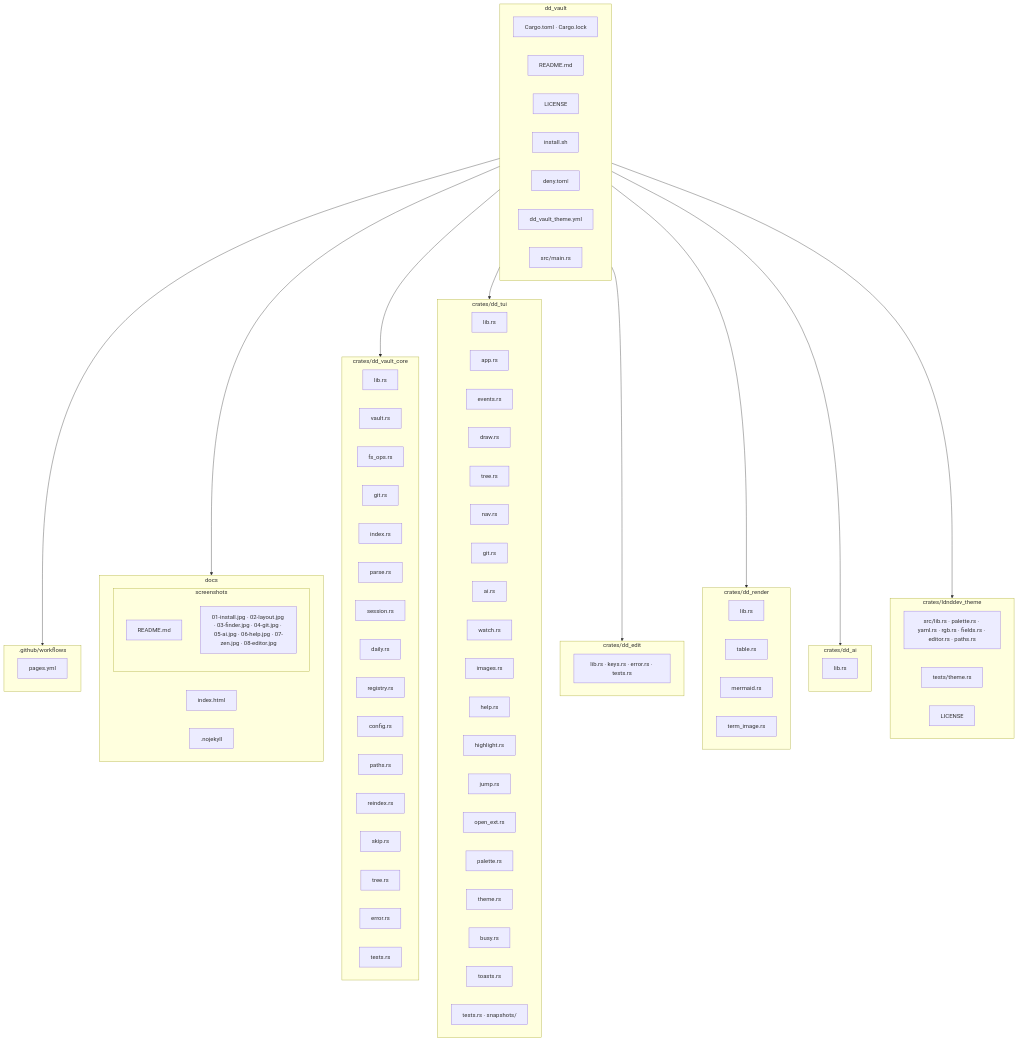
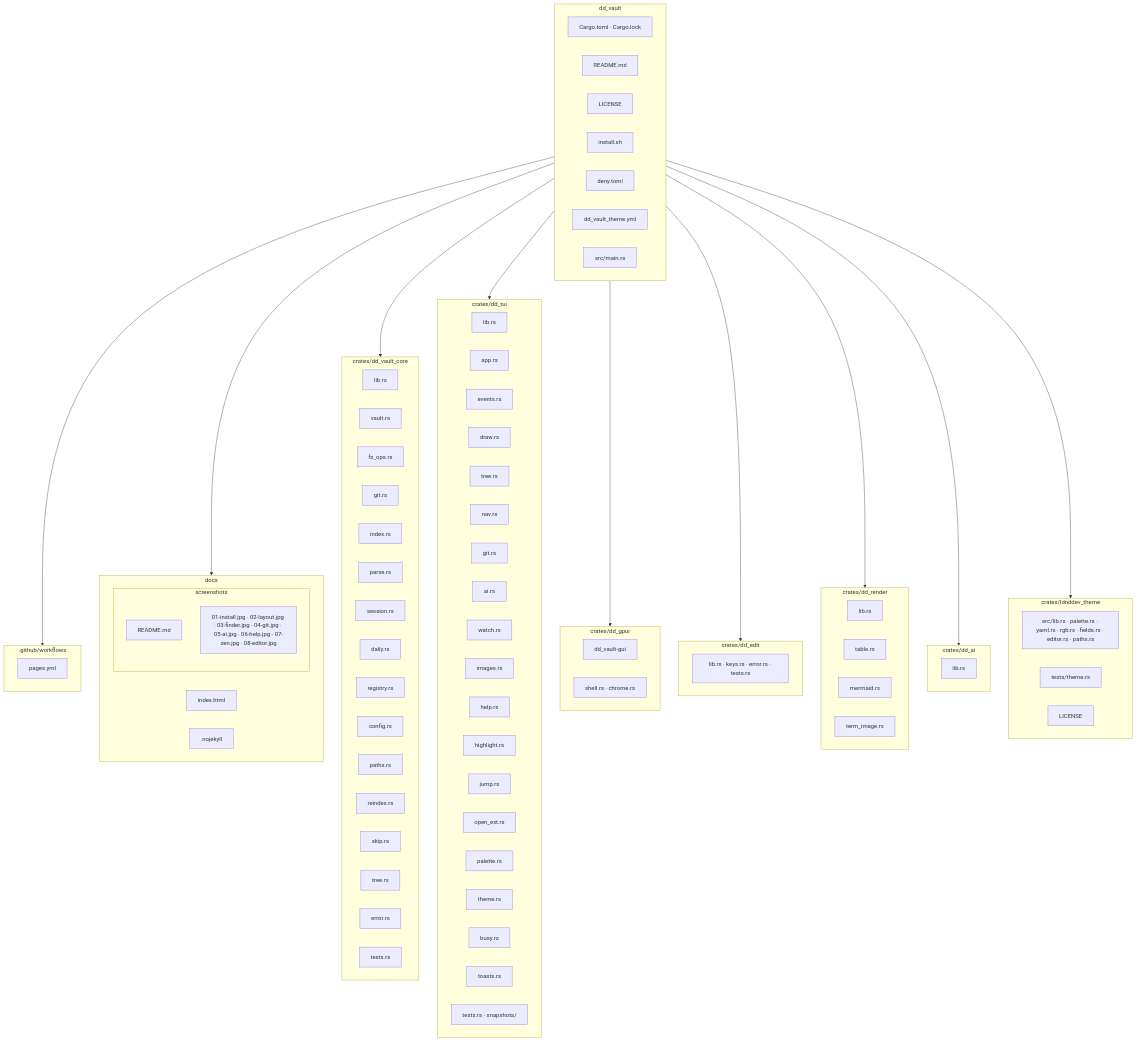
The first of 2 diagrams in README.md (ldnddev/dd_vault), drawn with Mermaid before and after one commit. The commit also changed other lines of this file and 32 other files, not shown here.

```diff
--- a/README.md
+++ b/README.md
@@ -101,6 +107,11 @@
     tuiTests["tests.rs · snapshots/"]
   end
 
+  subgraph gpui [crates/dd_gpui]
+    guiBin["dd_vault-gui"]
+    guiShell["shell.rs · chrome.rs"]
+  end
+
   subgraph edit [crates/dd_edit]
     editLib["lib.rs · keys.rs · error.rs · tests.rs"]
   end
@@ -126,6 +137,7 @@
   root --> docsDir
   root --> core
   root --> tui
+  root --> gpui
   root --> edit
   root --> render
   root --> aiCrate
```
